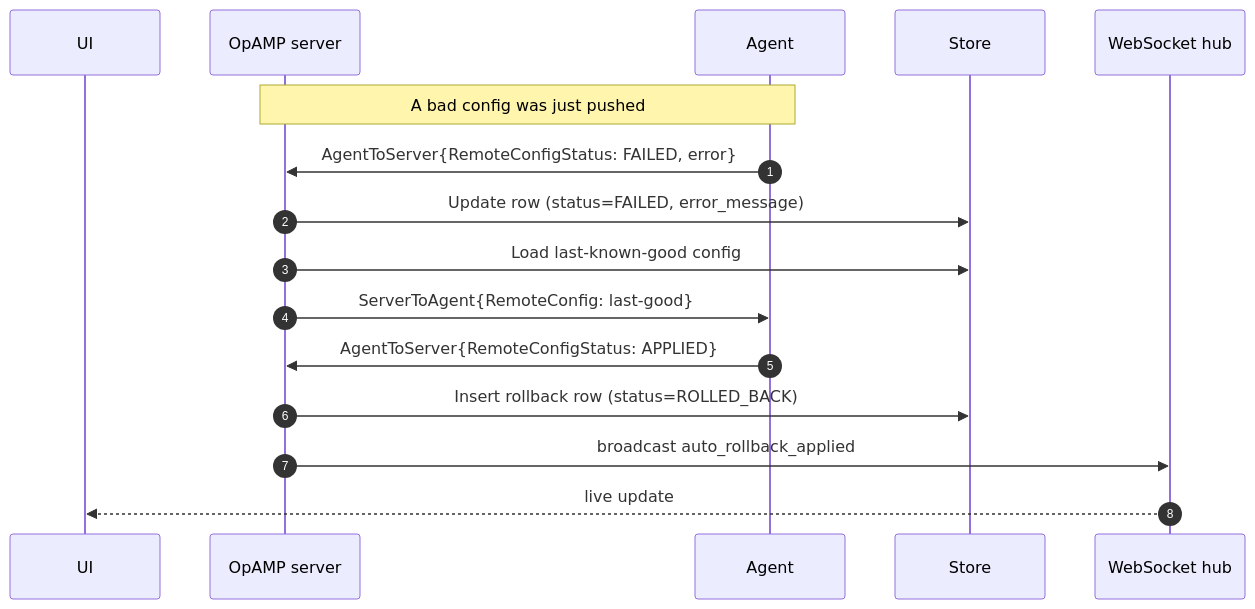
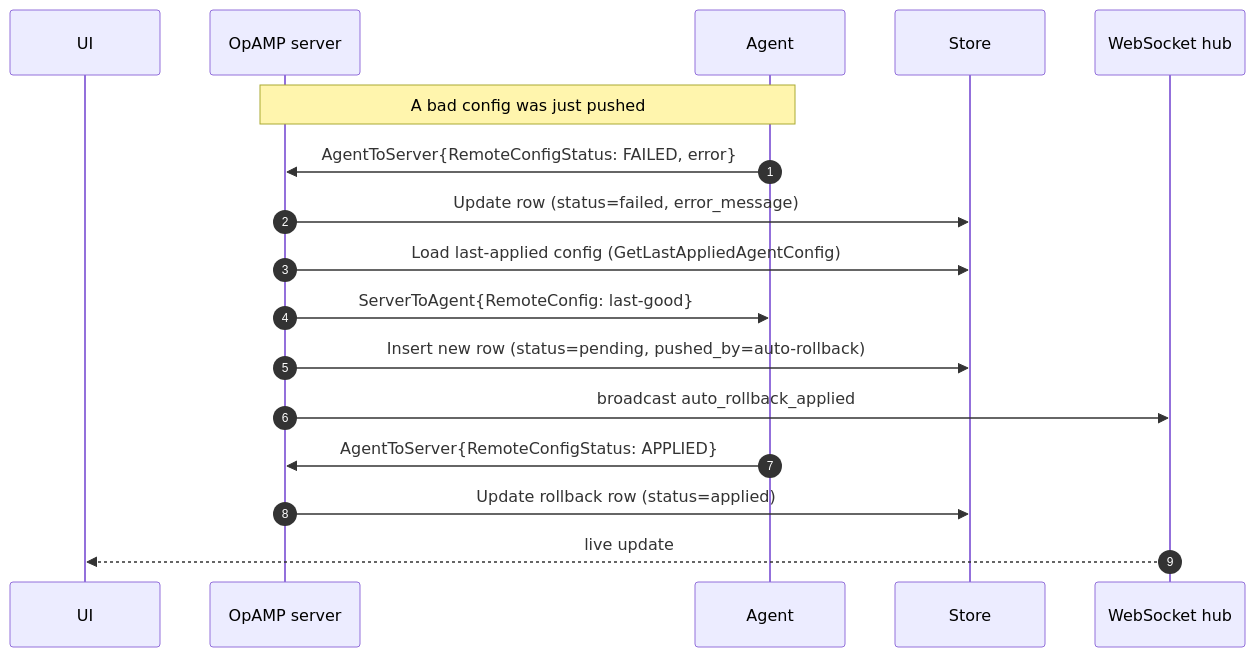
One commit to valentin-momboeuf/otel-magnify changed the third of 3 diagrams in docs/developers/opamp-flow.md. Above: the diagram before and after it, drawn with Mermaid. The commit also changed other lines of this file and 6 other files, not shown here.

````diff
--- a/docs/developers/opamp-flow.md
+++ b/docs/developers/opamp-flow.md
@@ -49,19 +50,20 @@
 ```mermaid
 sequenceDiagram
     autonumber
     participant U as UI
     participant O as OpAMP server
     participant A as Agent
     participant S as Store
     participant WS as WebSocket hub
 
     Note over O,A: A bad config was just pushed
     A->>O: AgentToServer{RemoteConfigStatus: FAILED, error}
-    O->>S: Update row (status=FAILED, error_message)
-    O->>S: Load last-known-good config
+    O->>S: Update row (status=failed, error_message)
+    O->>S: Load last-applied config (GetLastAppliedAgentConfig)
     O->>A: ServerToAgent{RemoteConfig: last-good}
+    O->>S: Insert new row (status=pending, pushed_by=auto-rollback)
+    O->>WS: broadcast auto_rollback_applied
     A->>O: AgentToServer{RemoteConfigStatus: APPLIED}
-    O->>S: Insert rollback row (status=ROLLED_BACK)
-    O->>WS: broadcast auto_rollback_applied
+    O->>S: Update rollback row (status=applied)
     WS-->>U: live update
 ```
````
